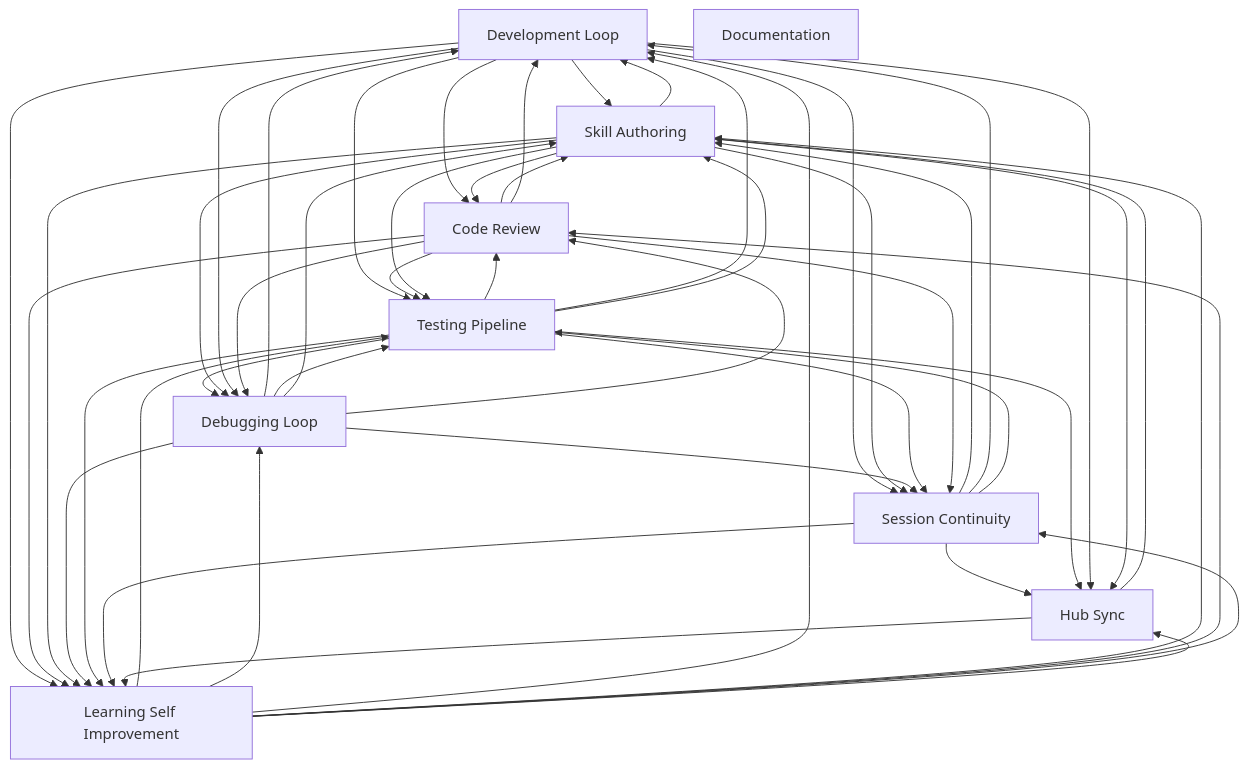
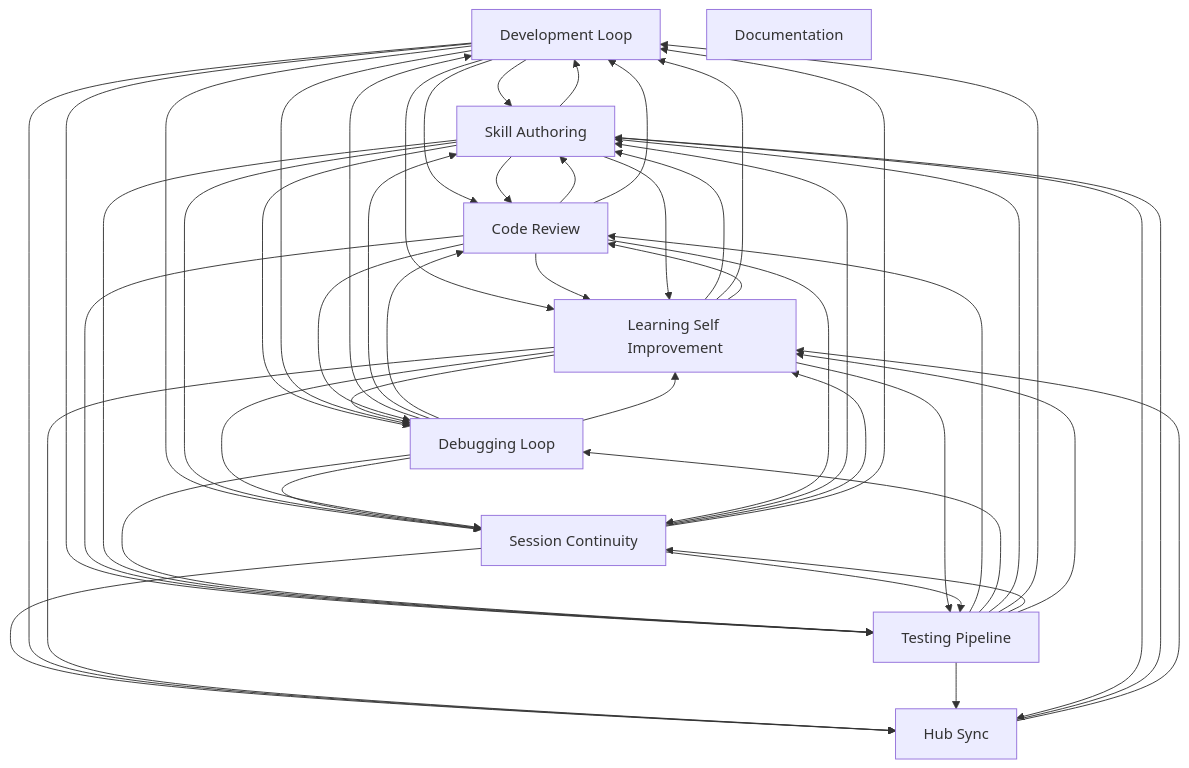
The diagram in docs/workflows/INDEX.md (abhayla/claude-best-practices), drawn with Mermaid before and after one commit. The commit also changed other lines of this file and 13 other files, not shown here.

````diff
--- a/docs/workflows/INDEX.md
+++ b/docs/workflows/INDEX.md
@@ -21,59 +21,59 @@
 ```mermaid
 graph TD
     development_loop[Development Loop]
     testing_pipeline[Testing Pipeline]
     debugging_loop[Debugging Loop]
     learning_self_improvement[Learning Self Improvement]
     session_continuity[Session Continuity]
     skill_authoring[Skill Authoring]
     code_review[Code Review]
     documentation[Documentation]
     hub_sync[Hub Sync]
     development_loop --> skill_authoring
     development_loop --> code_review
     code_review --> skill_authoring
     code_review --> development_loop
+    development_loop --> learning_self_improvement
     development_loop --> testing_pipeline
-    development_loop --> learning_self_improvement
+    code_review --> learning_self_improvement
     code_review --> testing_pipeline
-    code_review --> learning_self_improvement
     testing_pipeline --> code_review
     testing_pipeline --> debugging_loop
+    testing_pipeline --> skill_authoring
     testing_pipeline --> development_loop
-    testing_pipeline --> skill_authoring
     skill_authoring --> development_loop
     skill_authoring --> code_review
+    skill_authoring --> learning_self_improvement
     skill_authoring --> testing_pipeline
-    skill_authoring --> learning_self_improvement
     development_loop --> session_continuity
     skill_authoring --> session_continuity
     debugging_loop --> session_continuity
     debugging_loop --> development_loop
     testing_pipeline --> session_continuity
     skill_authoring --> debugging_loop
+    debugging_loop --> skill_authoring
     debugging_loop --> testing_pipeline
-    debugging_loop --> skill_authoring
     debugging_loop --> code_review
     development_loop --> debugging_loop
     debugging_loop --> learning_self_improvement
     testing_pipeline --> learning_self_improvement
+    learning_self_improvement --> skill_authoring
+    learning_self_improvement --> debugging_loop
     learning_self_improvement --> testing_pipeline
-    learning_self_improvement --> debugging_loop
     learning_self_improvement --> development_loop
-    learning_self_improvement --> skill_authoring
     learning_self_improvement --> code_review
     code_review --> debugging_loop
     learning_self_improvement --> session_continuity
     code_review --> session_continuity
     session_continuity --> skill_authoring
     session_continuity --> hub_sync
     session_continuity --> learning_self_improvement
-    testing_pipeline --> hub_sync
     development_loop --> hub_sync
     learning_self_improvement --> hub_sync
+    testing_pipeline --> hub_sync
     session_continuity --> development_loop
     session_continuity --> testing_pipeline
     skill_authoring --> hub_sync
     hub_sync --> skill_authoring
     hub_sync --> learning_self_improvement
 ```
````
